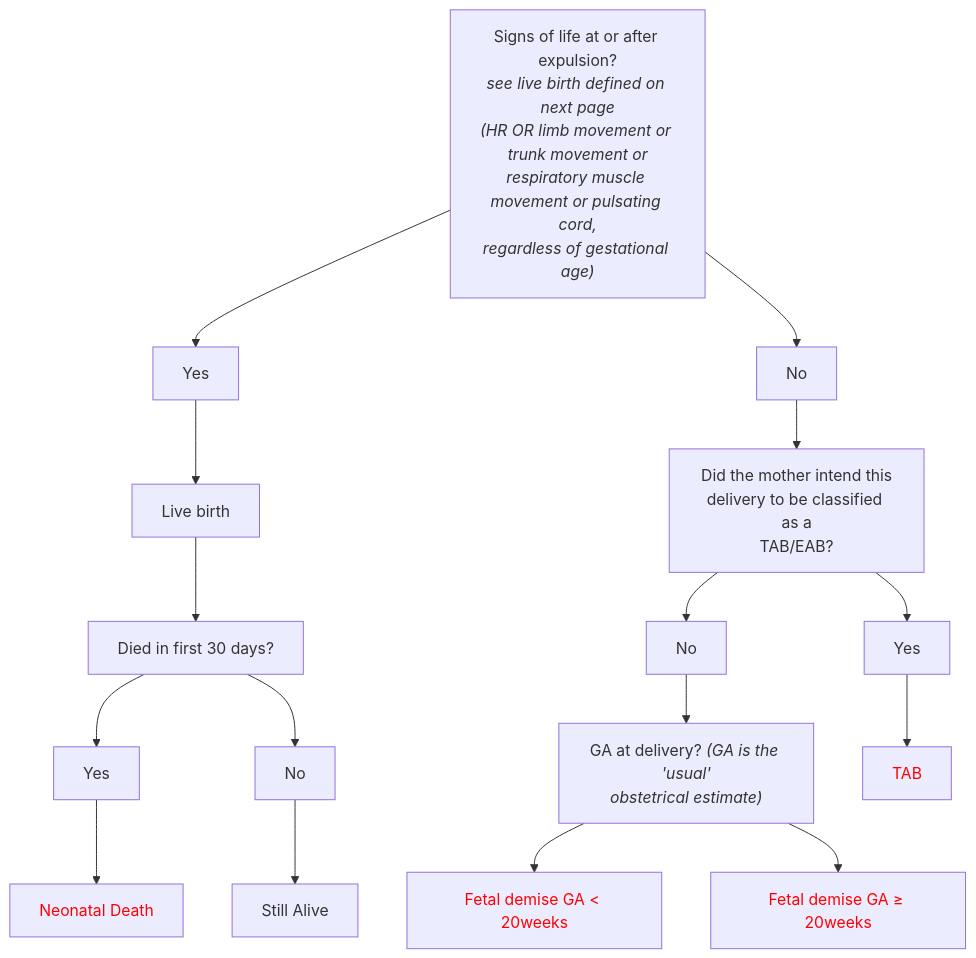
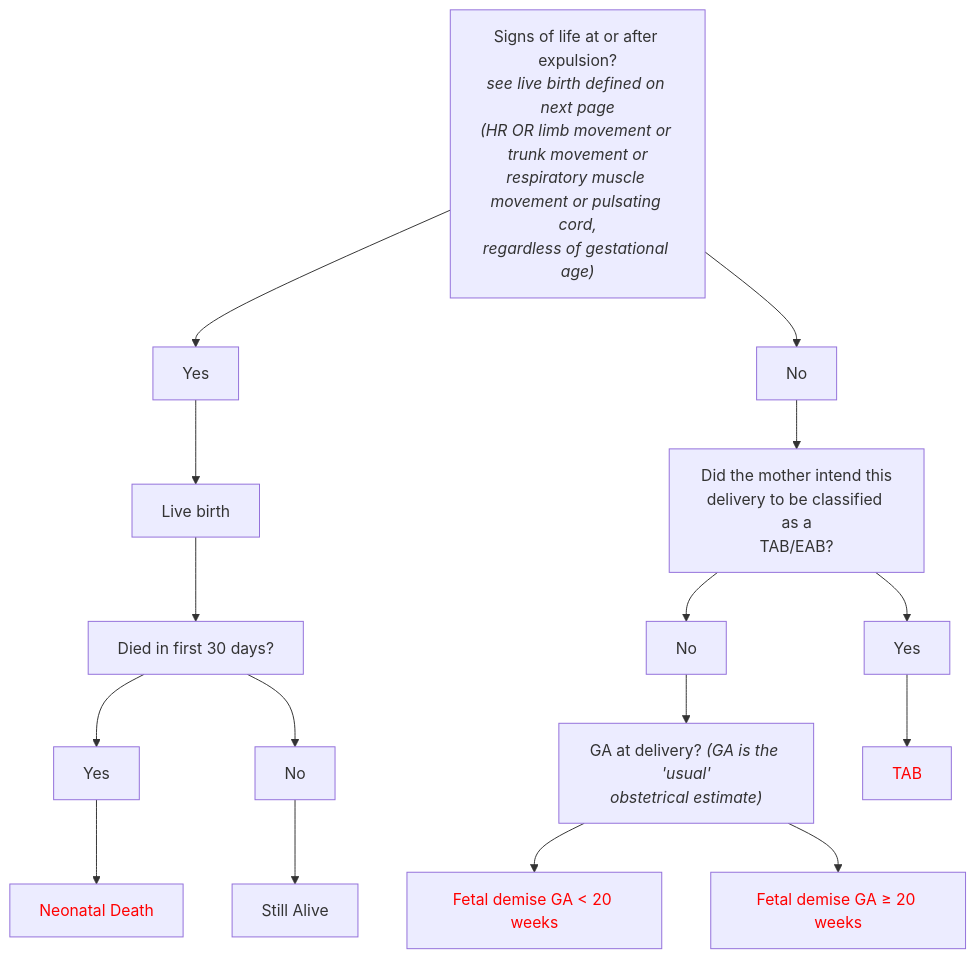
One commit to fschou-pxt/RMC-NICU-Manual changed the diagram in death-workflows.qmd. Above: the diagram before and after it, drawn with Mermaid. The commit also changed other lines of this file and 25 other files, not shown here.

````diff
--- a/death-workflows.qmd
+++ b/death-workflows.qmd
@@ -52,18 +51,18 @@
 ```{mermaid}
 flowchart TD
   A["Signs of life at or after expulsion?<br><em>see live birth defined on next page<br>(HR OR limb movement or trunk movement or<br>respiratory muscle movement or pulsating cord,<br>regardless of gestational age)</em>"] --> B["Yes"]
   A --> C["No"]
   B --> D["Live birth"]
   D --> E["Died in first 30 days?"]
   E --> F["Yes"]
   F --> G["<span style='color:red;'>Neonatal Death</span>"]
   E --> H["No"]
   H --> I["Still Alive"]
   C --> J["Did the mother intend this<br>delivery to be classified as a<br>TAB/EAB?"]
   J --> K["No"]
   K --> L["GA at delivery? <em>(GA is the 'usual'<br>obstetrical estimate)</em>"]
-  L --> M["<span style='color:red;'>Fetal demise GA < 20weeks</span>"]
-  L --> N["<span style='color:red;'>Fetal demise GA ≥ 20weeks</span>"]
+  L --> M["<span style='color:red;'>Fetal demise GA < 20 weeks</span>"]
+  L --> N["<span style='color:red;'>Fetal demise GA ≥ 20 weeks</span>"]
   J --> O["Yes"]
   O --> P["<span style='color:red;'>TAB</span>"]
 ```
````
